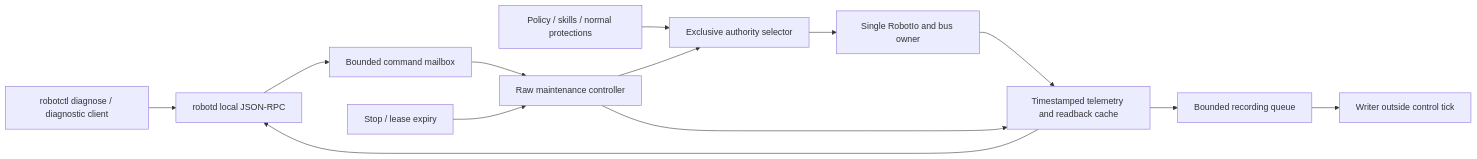
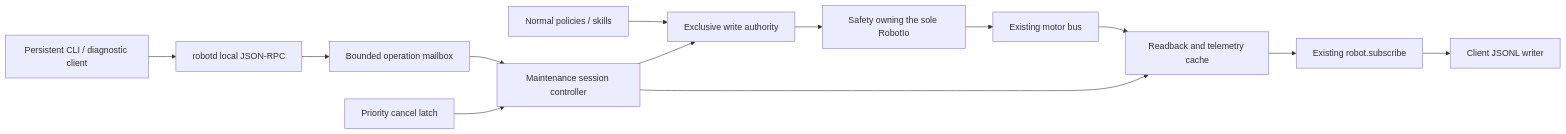
One commit to Extreammouse/microduck changed the diagram in docs/design/diagnostics-design.md. Above: the diagram before and after it, drawn with Mermaid. The commit also changed other lines of this file and 1 other file, not shown here.

Commit message:
docs: narrow raw diagnostics v1 and resolve session semantics

````diff
--- a/docs/design/diagnostics-design.md
+++ b/docs/design/diagnostics-design.md
@@ -50,15 +60,15 @@
 ```mermaid
 flowchart LR
-    CLI[robotctl diagnose / diagnostic client] --> RPC[robotd local JSON-RPC]
-    RPC --> Q[Bounded command mailbox]
-    Q --> D[Raw maintenance controller]
-    Normal[Policy / skills / normal protections] --> A[Exclusive authority selector]
+    C[Persistent CLI / diagnostic client] --> RPC[robotd local JSON-RPC]
+    RPC --> Q[Bounded operation mailbox]
+    Q --> D[Maintenance session controller]
+    Normal[Normal policies / skills] --> A[Exclusive write authority]
     D --> A
-    A --> IO[Single RobotIo and bus owner]
-    Stop[Stop / lease expiry] --> D
-    IO --> T[Timestamped telemetry and readback cache]
-    D --> T
-    T --> R[Bounded recording queue]
-    R --> W[Writer outside control tick]
-    T --> RPC
+    A --> S[Safety owning the sole RobotIo]
+    S --> Bus[Existing motor bus]
+    Cancel[Priority cancel latch] --> D
+    Bus --> Cache[Readback and telemetry cache]
+    D --> Cache
+    Cache --> Stream[Existing robot.subscribe]
+    Stream --> File[Client JSONL writer]
 ```
````
